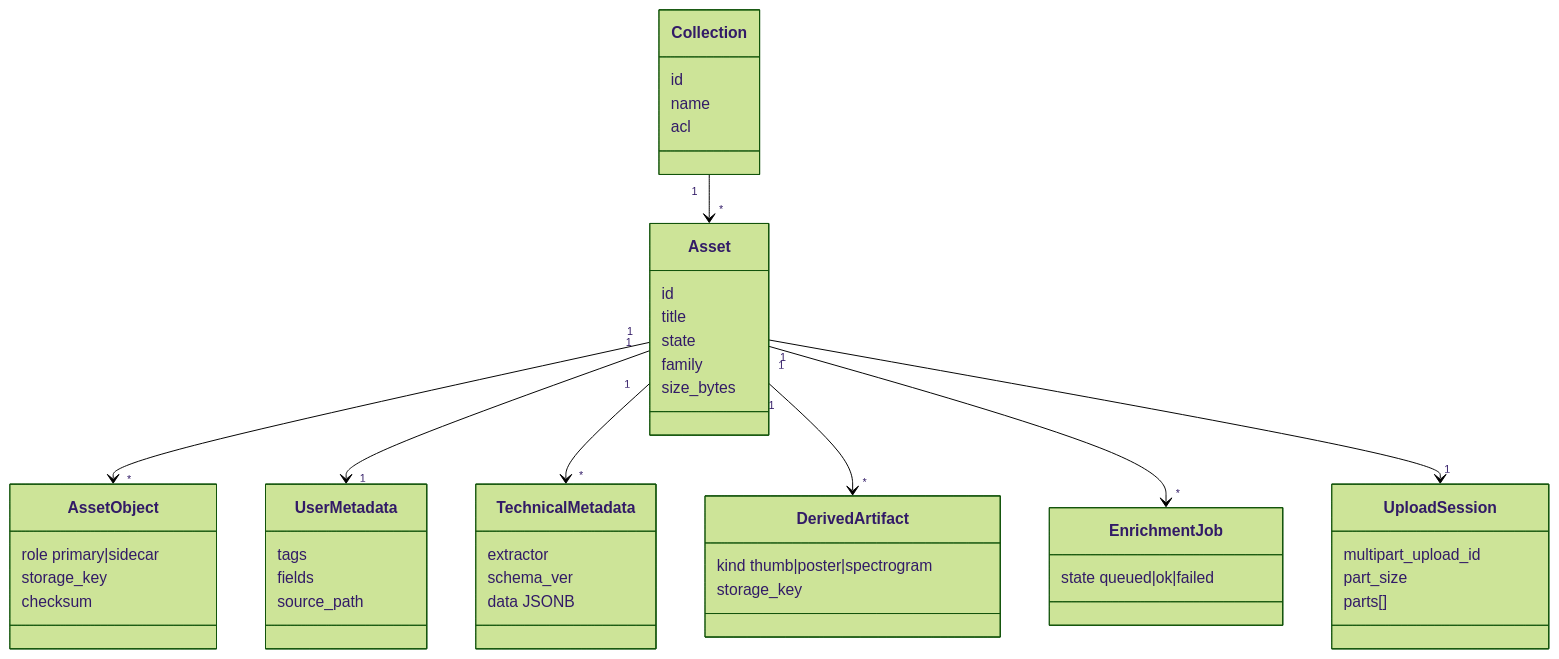
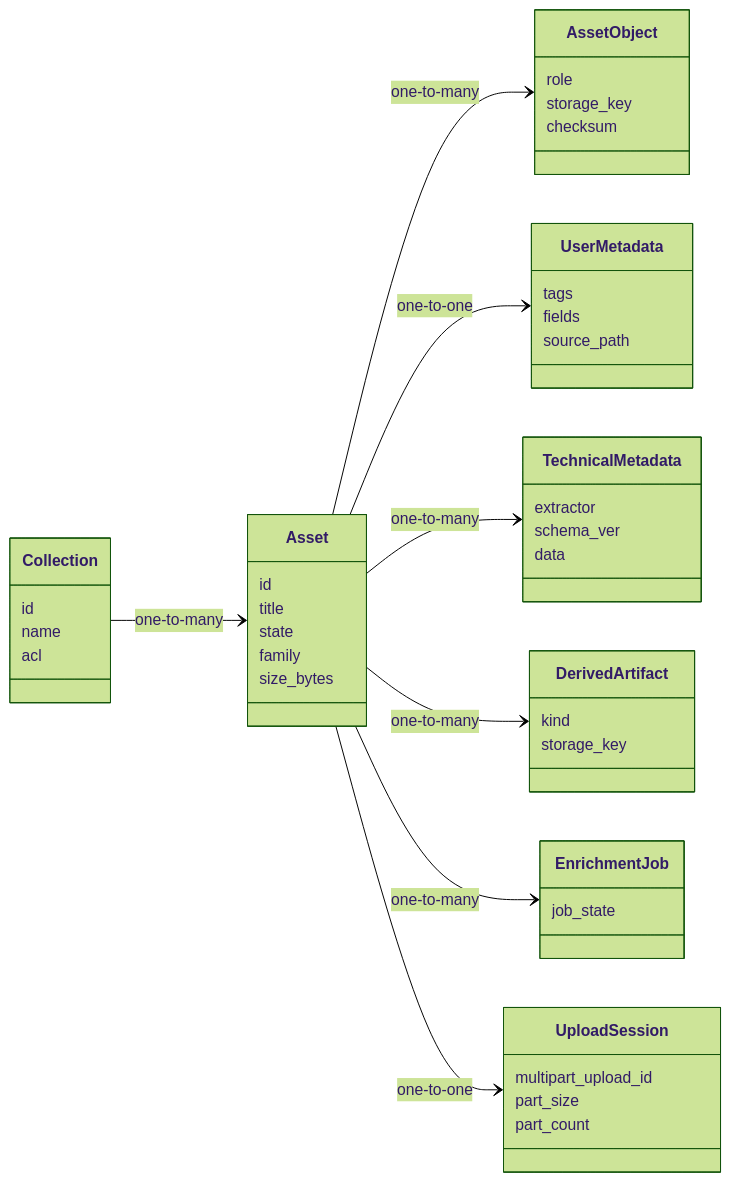
The third of 4 diagrams in docs/uml.md (ShakedNeeman/exodia), drawn with Mermaid (forest theme) before and after one commit. The commit also changed other lines of this file and 3 other files, not shown here.

First line of the commit message:
Fix mermaid class and state diagrams for current mermaid syntax.

````diff
--- a/docs/uml.md
+++ b/docs/uml.md
@@ -125,50 +125,50 @@
 ```mermaid
 classDiagram
+  direction LR
   class Collection {
     id
     name
     acl
   }
   class Asset {
     id
     title
     state
     family
     size_bytes
   }
   class AssetObject {
-    role primary|sidecar
+    role
     storage_key
     checksum
   }
   class UploadSession {
     multipart_upload_id
     part_size
-    parts[]
+    part_count
   }
   class UserMetadata {
     tags
     fields
     source_path
   }
   class TechnicalMetadata {
     extractor
     schema_ver
-    data JSONB
+    data
   }
   class DerivedArtifact {
-    kind thumb|poster|spectrogram
+    kind
     storage_key
   }
   class EnrichmentJob {
-    state queued|ok|failed
+    job_state
   }
-
-  Collection "1" --> "*" Asset
-  Asset "1" --> "*" AssetObject
-  Asset "1" --> "1" UserMetadata
-  Asset "1" --> "*" TechnicalMetadata
-  Asset "1" --> "*" DerivedArtifact
-  Asset "1" --> "*" EnrichmentJob
-  Asset "1" --> "1" UploadSession
+  Collection --> Asset : one-to-many
+  Asset --> AssetObject : one-to-many
+  Asset --> UserMetadata : one-to-one
+  Asset --> TechnicalMetadata : one-to-many
+  Asset --> DerivedArtifact : one-to-many
+  Asset --> EnrichmentJob : one-to-many
+  Asset --> UploadSession : one-to-one
 ```
````
